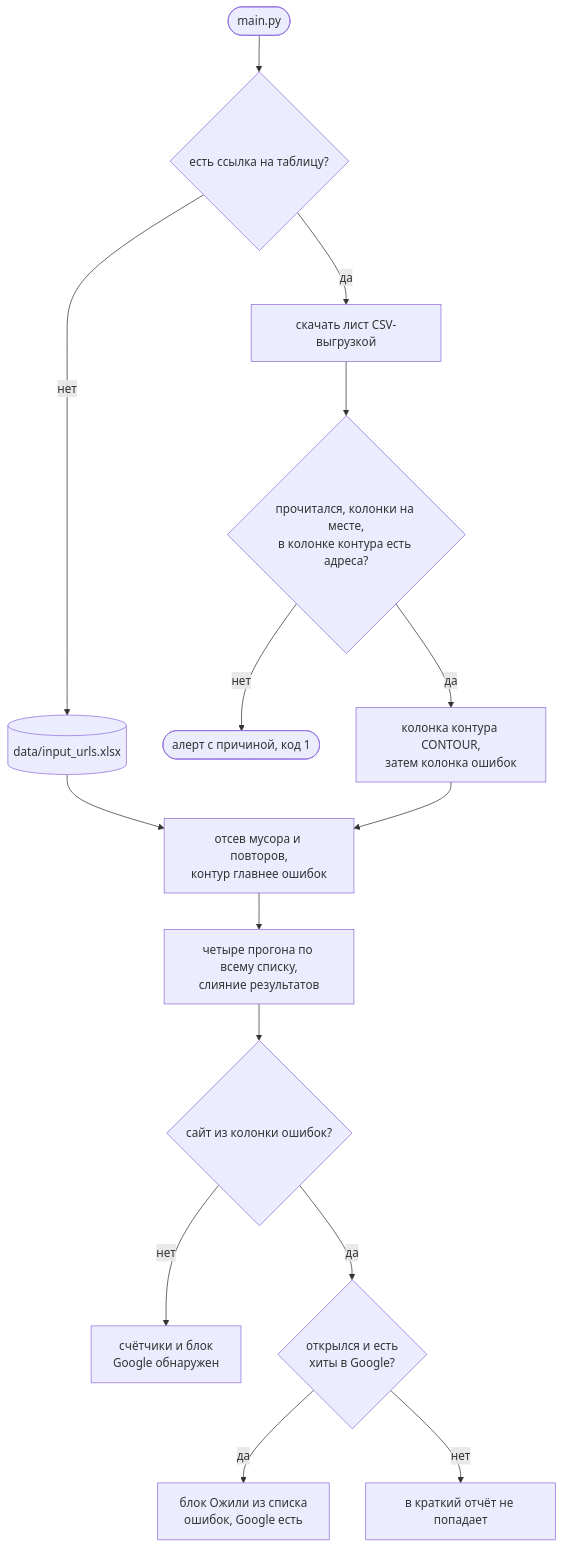
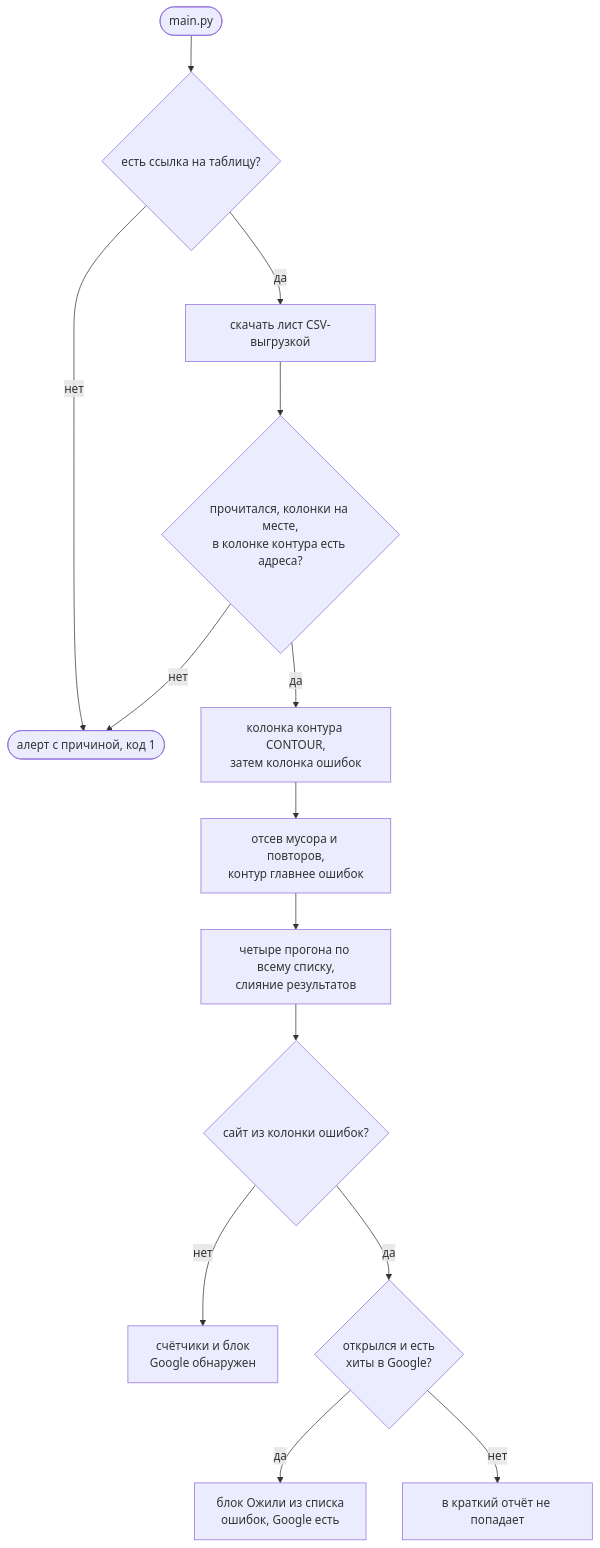
The second of 5 diagrams in analytics/google_page_checker/README.md (not-hehe/digital_tools), drawn with Mermaid before and after one commit. The commit also changed other lines of this file and 20 other files, not shown here.

````diff
--- a/analytics/google_page_checker/README.md
+++ b/analytics/google_page_checker/README.md
@@ -131,17 +127,16 @@
 ```mermaid
 flowchart TD
     START([main.py]) --> URL{есть ссылка на таблицу?}
-    URL -->|нет| XLS[(data/input_urls.xlsx)]
+    URL -->|нет| ALERT([алерт с причиной, код 1])
     URL -->|да| GET[скачать лист CSV-выгрузкой]
     GET --> OK{прочитался, колонки на месте,<br/>в колонке контура есть адреса?}
-    OK -->|нет| ALERT([алерт с причиной, код 1])
+    OK -->|нет| ALERT
     OK -->|да| COLS[колонка контура CONTOUR,<br/>затем колонка ошибок]
-    XLS --> CLEAN
     COLS --> CLEAN[отсев мусора и повторов,<br/>контур главнее ошибок]
     CLEAN --> CHECK[четыре прогона по всему списку,<br/>слияние результатов]
     CHECK --> SPLIT{сайт из колонки ошибок?}
     SPLIT -->|нет| MAIN[счётчики и блок<br/>Google обнаружен]
     SPLIT -->|да| GA{открылся и есть<br/>хиты в Google?}
     GA -->|да| REV[блок Ожили из списка<br/>ошибок, Google есть]
     GA -->|нет| SKIP[в краткий отчёт не попадает]
 ```
````
